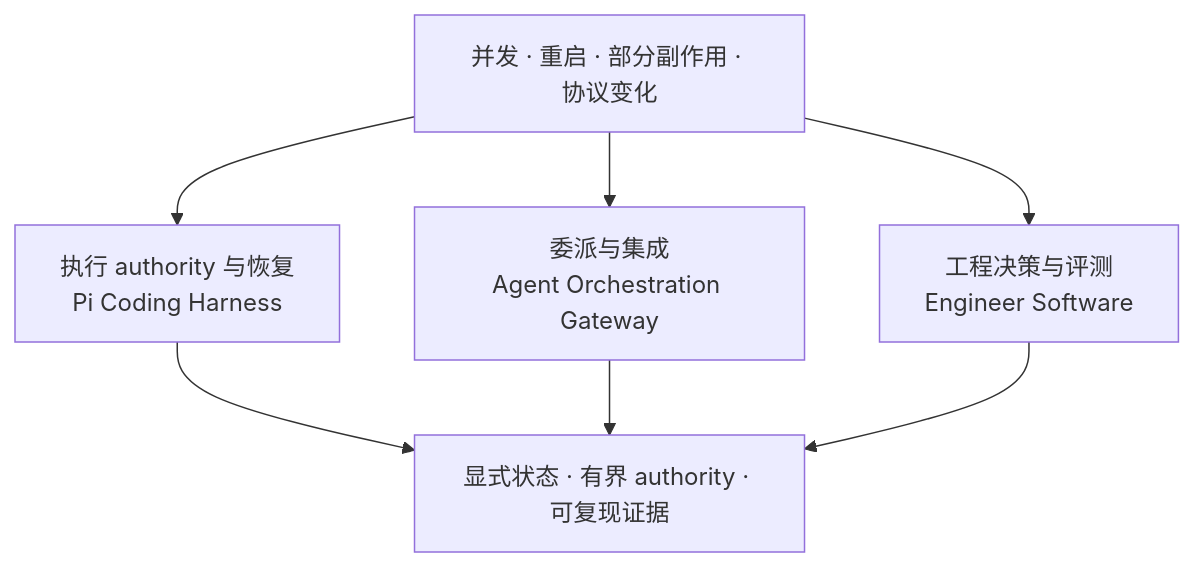
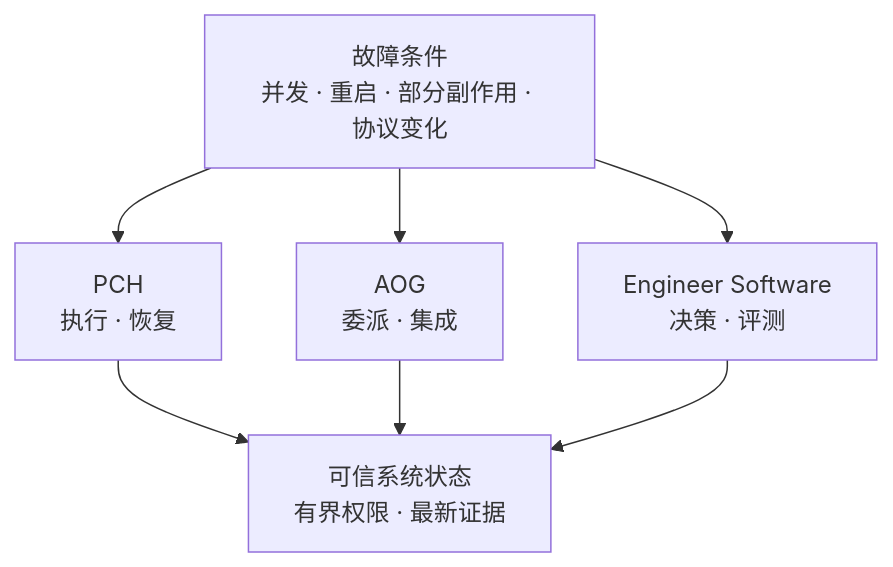
The diagram in README.zh-CN.md (KirschBluteX/KirschBluteX), drawn with Mermaid before and after one commit. The commit also changed 1 other file, not shown here.

Commit message:
docs: improve profile diagram readability

````diff
--- a/README.zh-CN.md
+++ b/README.zh-CN.md
@@ -15,10 +15,10 @@
 ```mermaid
 flowchart TD
-  F["并发 · 重启 · 部分副作用 · 协议变化"]
-  F --> P["执行 authority 与恢复<br/>Pi Coding Harness"]
-  F --> A["委派与集成<br/>Agent Orchestration Gateway"]
-  F --> E["工程决策与评测<br/>Engineer Software"]
-  P --> R["显式状态 · 有界 authority · 可复现证据"]
+  F["故障条件<br/>并发 · 重启 · 部分副作用 · 协议变化"]
+  F --> P["PCH<br/>执行 · 恢复"]
+  F --> A["AOG<br/>委派 · 集成"]
+  F --> E["Engineer Software<br/>决策 · 评测"]
+  P --> R["可信系统状态<br/>有界权限 · 最新证据"]
   A --> R
   E --> R
 ```
````
